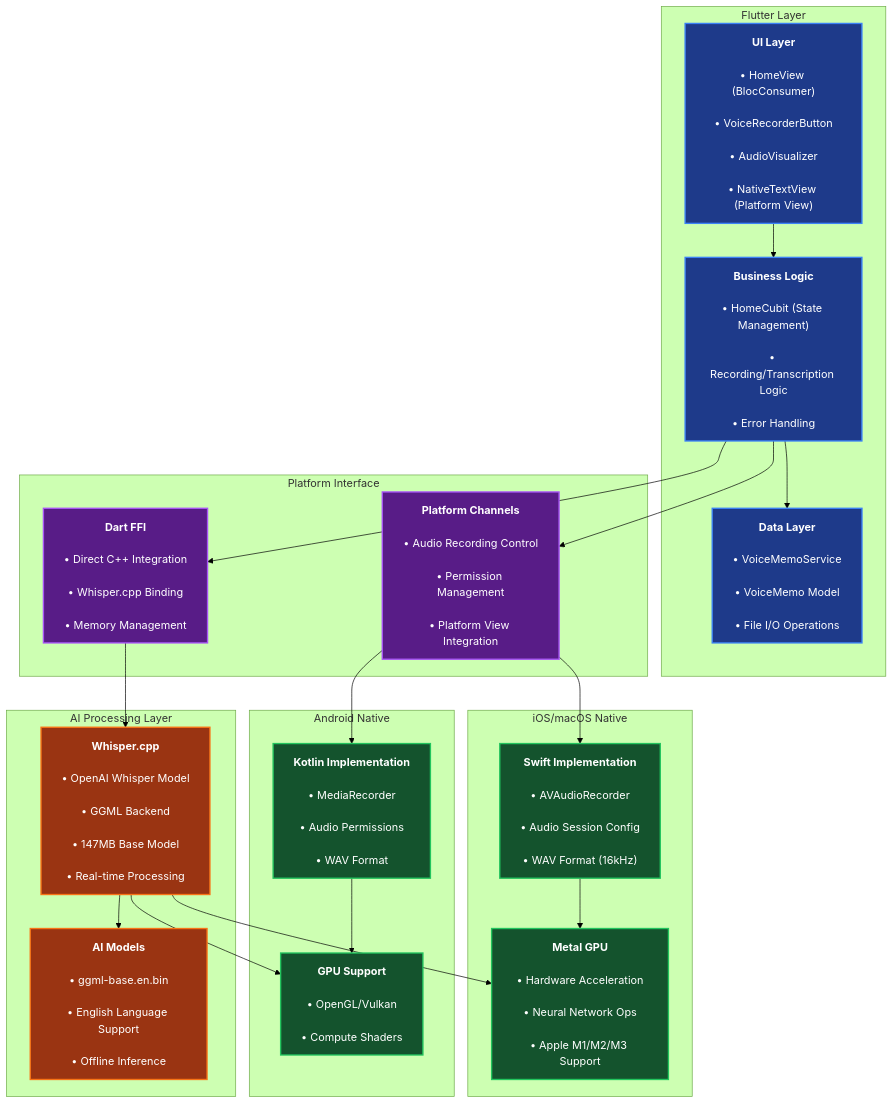
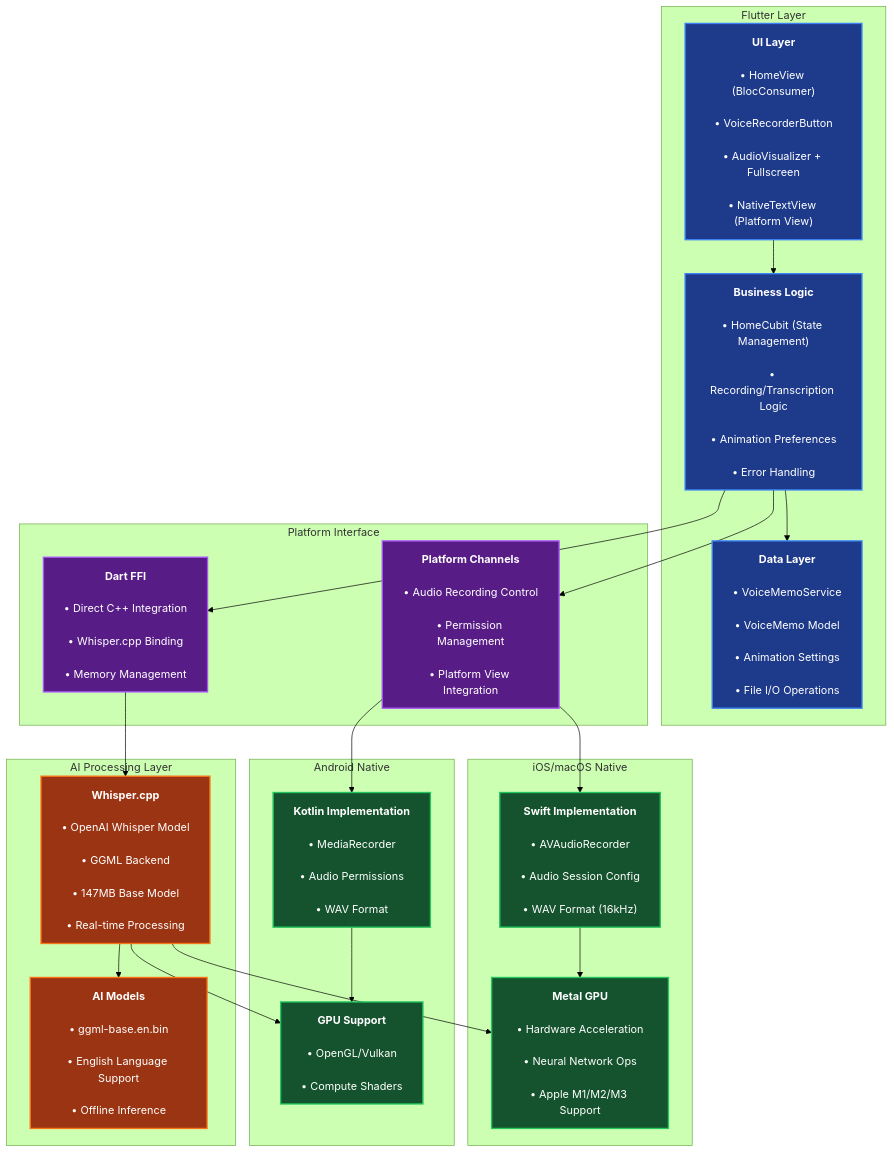
Before and after one commit to esrakadah/flutter_voice_bridge: the third of 4 diagrams in README.md, drawn with Mermaid (forest theme). The commit also changed other lines of this file and 9 other files, not shown here.

First line of the commit message:
Add immersive animation system and enhance audio visualizer controls

```diff
--- a/README.md
+++ b/README.md
@@ -34,17 +202,19 @@
         UI["`**UI Layer**<br/>
         • HomeView (BlocConsumer)<br/>
         • VoiceRecorderButton<br/>
-        • AudioVisualizer<br/>
+        • AudioVisualizer + Fullscreen<br/>
         • NativeTextView (Platform View)`"]
         
         BL["`**Business Logic**<br/>
         • HomeCubit (State Management)<br/>
         • Recording/Transcription Logic<br/>
+        • Animation Preferences<br/>
         • Error Handling`"]
         
         Data["`**Data Layer**<br/>
         • VoiceMemoService<br/>
         • VoiceMemo Model<br/>
+        • Animation Settings<br/>
         • File I/O Operations`"]
     end
     
```
